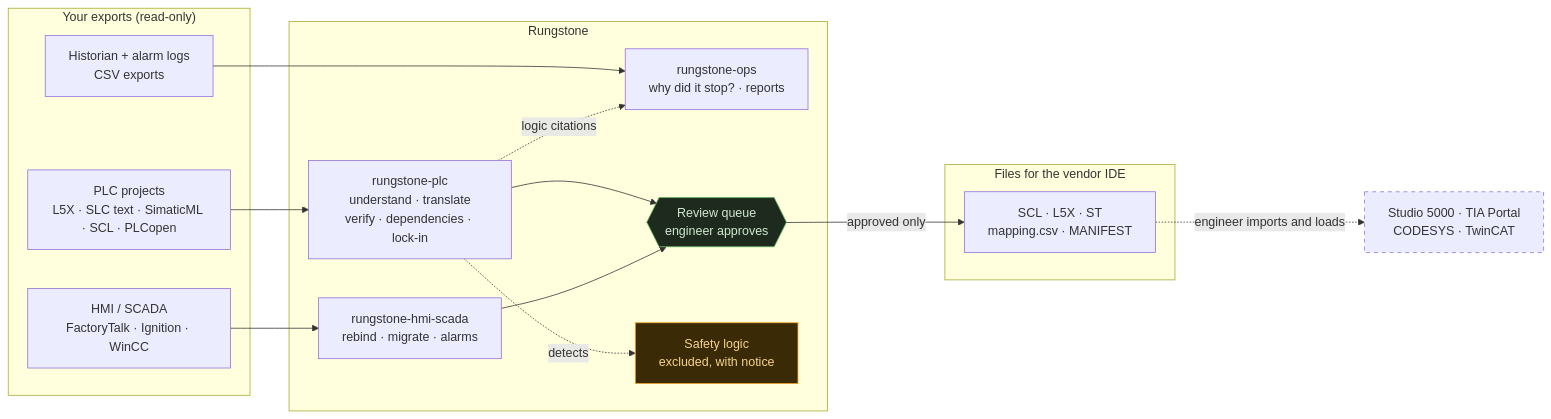
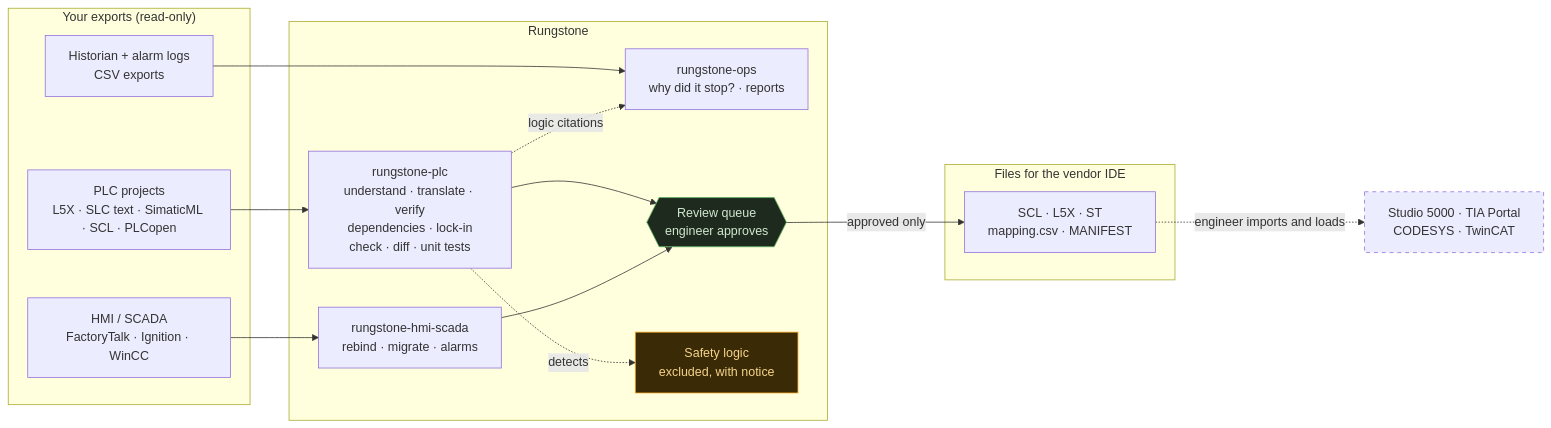
One commit to arunvenkatadri/rungstone changed the first of 2 diagrams in README.md. Above: the diagram before and after it, drawn with Mermaid. The commit also changed other lines of this file and 16 other files, not shown here.

First line of the commit message:
Check, diff and unit tests

````diff
--- a/README.md
+++ b/README.md
@@ -13,35 +13,35 @@
 ```mermaid
 flowchart LR
     subgraph IN["Your exports (read-only)"]
         PLC["PLC projects<br/>L5X · SLC text · SimaticML · SCL · PLCopen"]
         HMI["HMI / SCADA<br/>FactoryTalk · Ignition · WinCC"]
         HIST["Historian + alarm logs<br/>CSV exports"]
     end
 
     subgraph RS["Rungstone"]
-        P["rungstone-plc<br/>understand · translate<br/>verify · dependencies · lock-in"]
+        P["rungstone-plc<br/>understand · translate · verify<br/>dependencies · lock-in<br/>check · diff · unit tests"]
         H["rungstone-hmi-scada<br/>rebind · migrate · alarms"]
         O["rungstone-ops<br/>why did it stop? · reports"]
         Q{{"Review queue<br/>engineer approves"}}
         SAFE["Safety logic<br/>excluded, with notice"]:::warn
     end
 
     subgraph OUT["Files for the vendor IDE"]
         F["SCL · L5X · ST<br/>mapping.csv · MANIFEST"]
     end
 
     PLC --> P
     HMI --> H
     HIST --> O
     P --> Q
     H --> Q
     P -. "logic citations" .-> O
     Q -- "approved only" --> F
     F -. "engineer imports and loads" .-> IDE["Studio 5000 · TIA Portal<br/>CODESYS · TwinCAT"]
 
     P -. "detects" .-> SAFE
 
     classDef warn fill:#3a2a06,stroke:#f5a524,color:#f5d38a
     style Q fill:#1f2a1f,stroke:#5fb35f,color:#cfe8cf
     style IDE stroke-dasharray: 5 5
 ```
````
